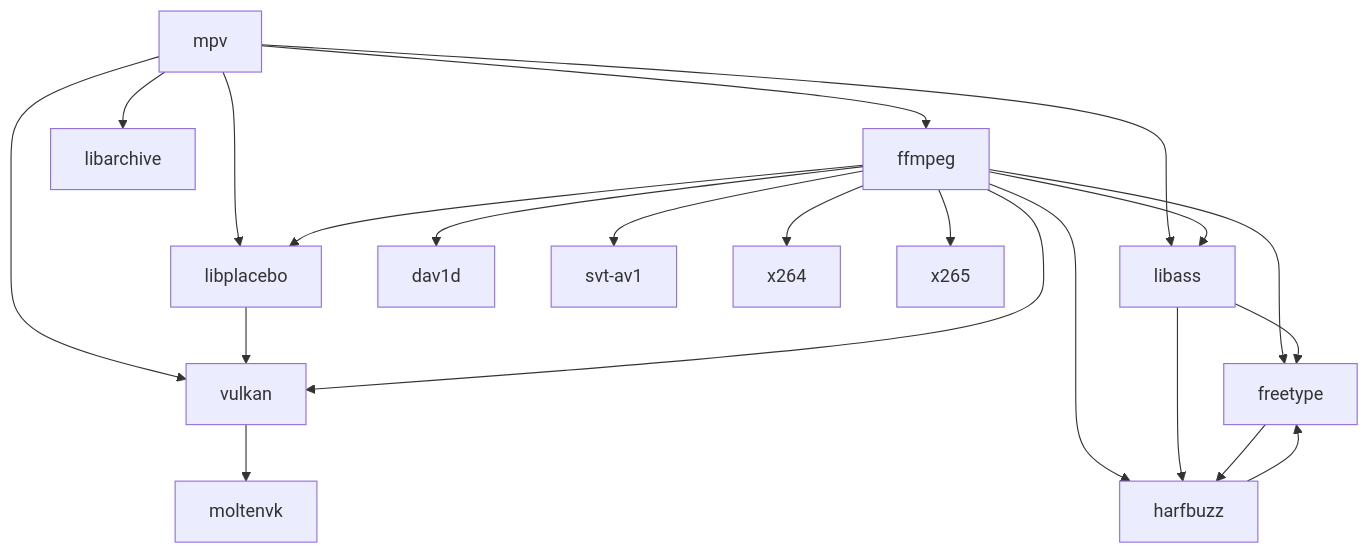
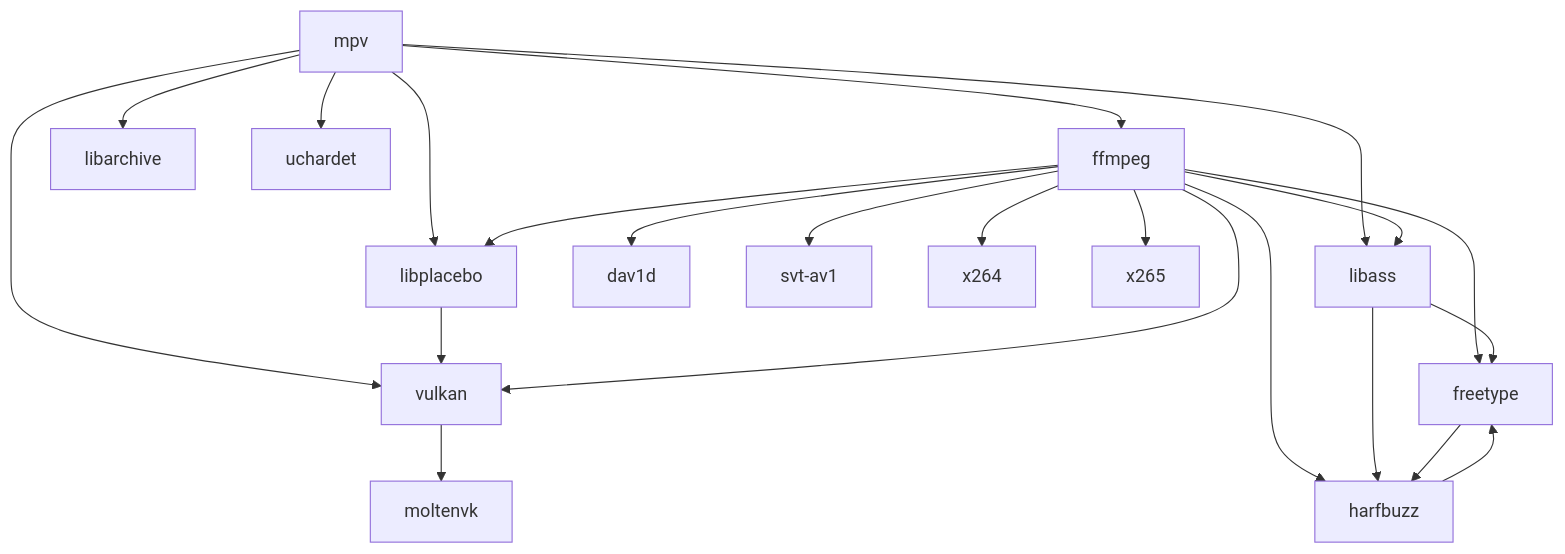
Before and after one commit to m154k1/mpv-build-macOS: the diagram in README.md, drawn with Mermaid. The commit also changed other lines of this file and 2 other files, not shown here.

Commit message:
scripts: add build-uchardet

````diff
--- a/README.md
+++ b/README.md
@@ -157,23 +164,24 @@
 ```mermaid
 graph TD;
    mpv-->ffmpeg;
    mpv-->libplacebo;
    mpv-->vulkan;
    mpv-->libass;
    mpv-->libarchive;
+   mpv-->uchardet;
    libplacebo-->vulkan;
    vulkan-->moltenvk;
    ffmpeg-->libplacebo;
    ffmpeg-->vulkan;
    ffmpeg-->dav1d;
    ffmpeg-->svt-av1;
    ffmpeg-->x264;
    ffmpeg-->x265;
    ffmpeg-->libass;
    ffmpeg-->freetype;
    ffmpeg-->harfbuzz;
    libass-->freetype;
    libass-->harfbuzz;
    freetype-->harfbuzz;
    harfbuzz-->freetype;
 ```
````
